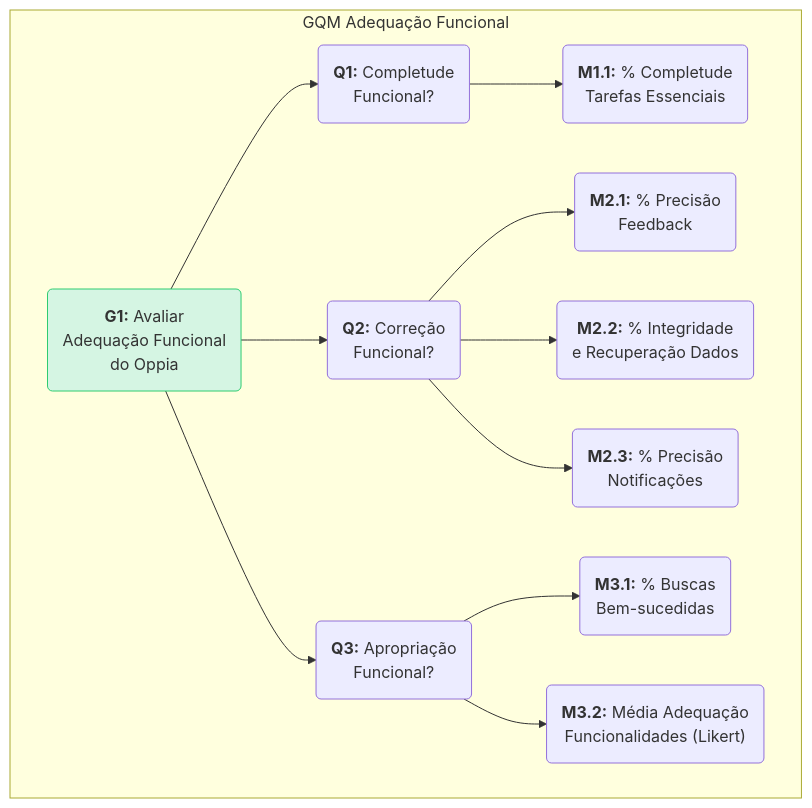
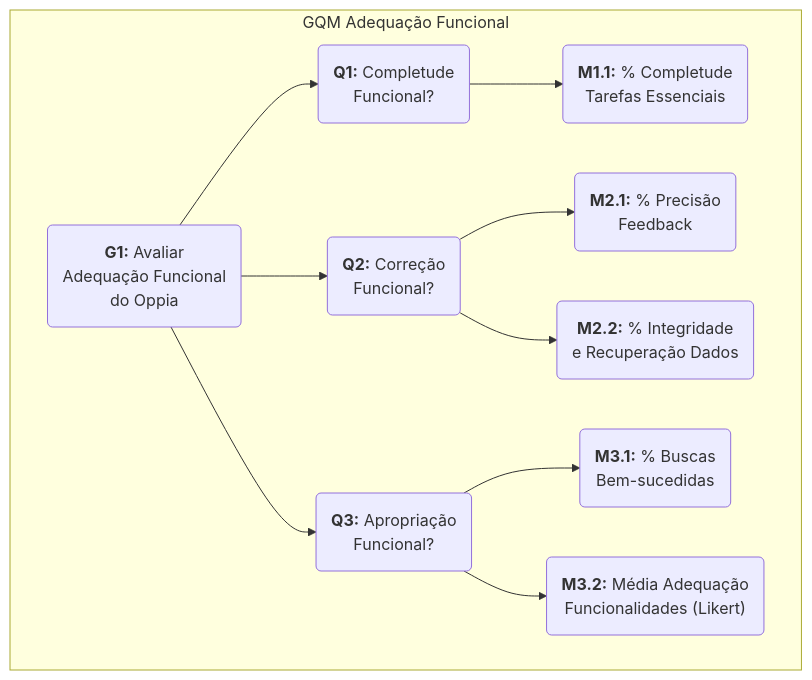
The diagram in docs/fase2/02_adequacao_funcional.md (FCTE-Qualidade-de-Software-1/2025-2_T02_Radia_Perlman), drawn with Mermaid before and after one commit. The commit also changed other lines of this file and 2 other files, not shown here.

````diff
--- a/docs/fase2/02_adequacao_funcional.md
+++ b/docs/fase2/02_adequacao_funcional.md
@@ -26,19 +49,16 @@
 ```mermaid
   graph TD
       subgraph GQM Adequação Funcional
           G1("<b>G1:</b> Avaliar<br>Adequação Funcional<br>do Oppia") --> Q1("<b>Q1:</b> Completude<br>Funcional?");
           G1 --> Q2("<b>Q2:</b> Correção<br>Funcional?");
           G1 --> Q3("<b>Q3:</b> Apropriação<br>Funcional?");
 
           Q1 --> M1_1("<b>M1.1:</b> % Completude<br>Tarefas Essenciais");
 
           Q2 --> M2_1("<b>M2.1:</b> % Precisão<br>Feedback");
           Q2 --> M2_2("<b>M2.2:</b> % Integridade<br>e Recuperação Dados");
-          Q2 --> M2_3("<b>M2.3:</b> % Precisão<br>Notificações");
 
           Q3 --> M3_1("<b>M3.1:</b> % Buscas<br>Bem-sucedidas");
           Q3 --> M3_2("<b>M3.2:</b> Média Adequação<br>Funcionalidades (Likert)");
       end
-
-      style G1 fill:#D5F5E3,stroke:#2ECC71
 ```
````
